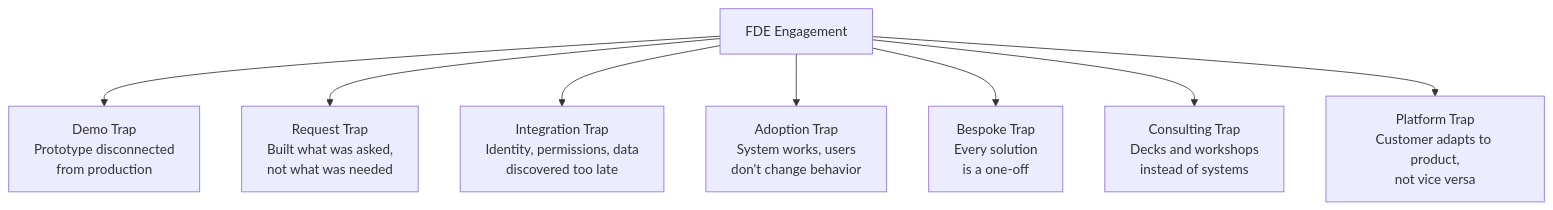
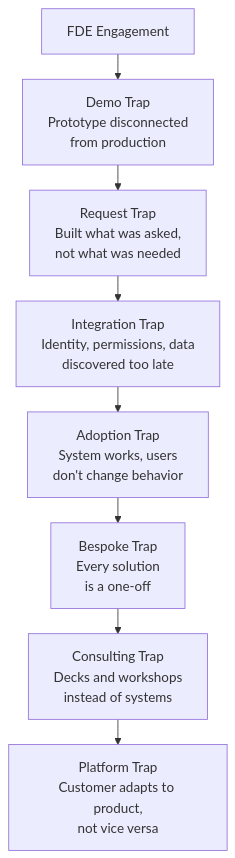
The third of 3 diagrams in notes/fde-principles-production-ai/index.md (rmax-ai/rmax-ai.github.io), drawn with Mermaid before and after one commit. The commit also changed other lines of this file and 1 other file, not shown here.

First line of the commit message:
fix: Codex-redesigned diagrams 1 & 3 — truly vertical layout

````diff
--- a/notes/fde-principles-production-ai/index.md
+++ b/notes/fde-principles-production-ai/index.md
@@ -289,12 +294,13 @@
 ```mermaid
+%%{init: {'flowchart': {'nodeSpacing': 30, 'rankSpacing': 30}}}%%
 flowchart TD
     FDE[FDE Engagement]
 
     FDE --> T1["Demo Trap<br/>Prototype disconnected<br/>from production"]
-    FDE --> T2["Request Trap<br/>Built what was asked,<br/>not what was needed"]
-    FDE --> T3["Integration Trap<br/>Identity, permissions, data<br/>discovered too late"]
-    FDE --> T4["Adoption Trap<br/>System works, users<br/>don't change behavior"]
-    FDE --> T5["Bespoke Trap<br/>Every solution<br/>is a one-off"]
-    FDE --> T6["Consulting Trap<br/>Decks and workshops<br/>instead of systems"]
-    FDE --> T7["Platform Trap<br/>Customer adapts to product,<br/>not vice versa"]
+    T1 --> T2["Request Trap<br/>Built what was asked,<br/>not what was needed"]
+    T2 --> T3["Integration Trap<br/>Identity, permissions, data<br/>discovered too late"]
+    T3 --> T4["Adoption Trap<br/>System works, users<br/>don't change behavior"]
+    T4 --> T5["Bespoke Trap<br/>Every solution<br/>is a one-off"]
+    T5 --> T6["Consulting Trap<br/>Decks and workshops<br/>instead of systems"]
+    T6 --> T7["Platform Trap<br/>Customer adapts to product,<br/>not vice versa"]
 ```
````
